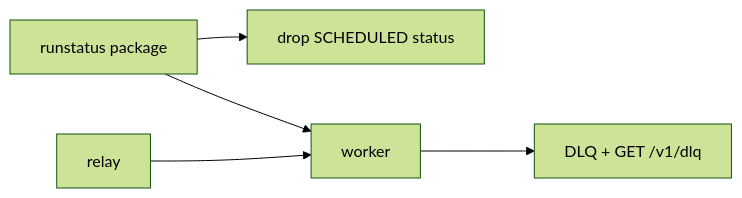
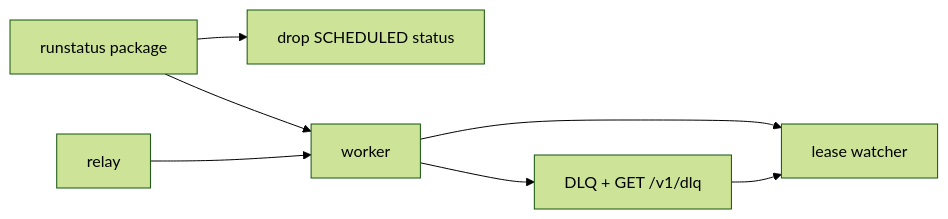
One commit to mnah05/fishstick changed the diagram in PLAN.md. Above: the diagram before and after it, drawn with Mermaid (forest theme). The commit also changed other lines of this file and 47 other files, not shown here.

Commit message:
Add lease watcher and untangle process runtime

````diff
--- a/PLAN.md
+++ b/PLAN.md
@@ -43,7 +44,9 @@
 ```mermaid
 flowchart LR
   A[runstatus package] --> B[drop SCHEDULED status]
   A --> D[worker]
   C[relay] --> D
   D --> E[DLQ + GET /v1/dlq]
+  D --> F[lease watcher]
+  E --> F
 ```
````
